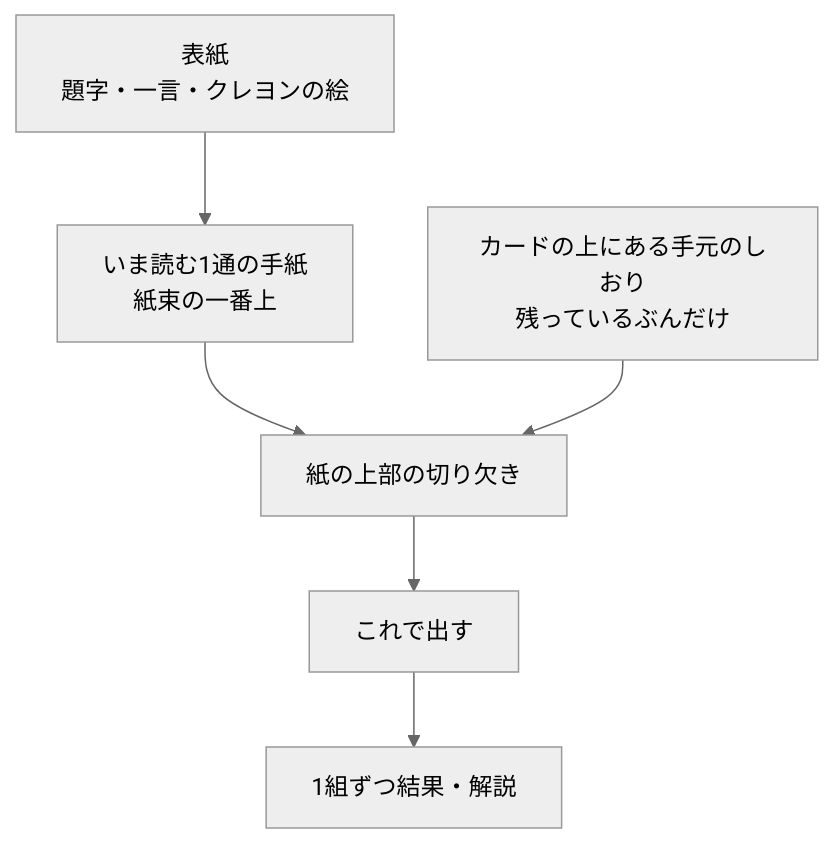
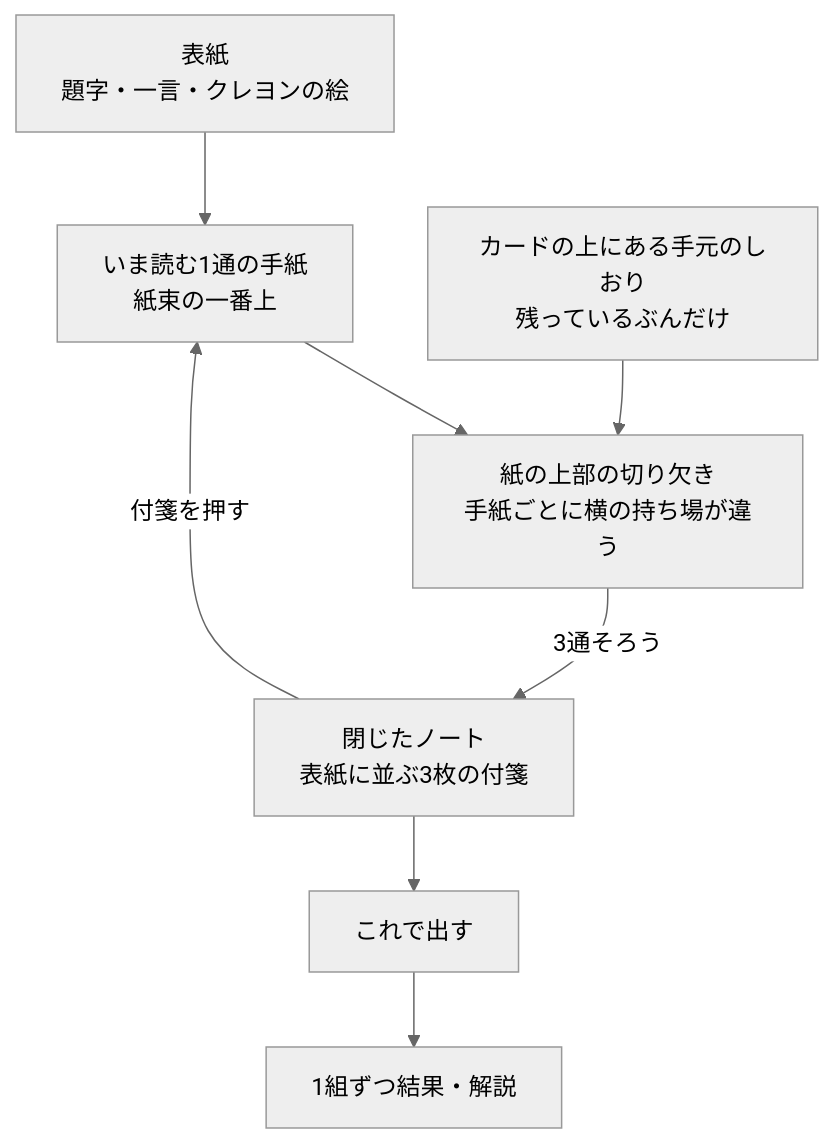
One commit to Digix00/58-Hackathon-202609 changed the diagram in docs/requirements/screens/quiz.md. Above: the diagram before and after it, drawn with Mermaid (neutral theme). The commit also changed other lines of this file and 5 other files, not shown here.

````diff
--- a/docs/requirements/screens/quiz.md
+++ b/docs/requirements/screens/quiz.md
@@ -13,14 +13,17 @@
 ```mermaid
 flowchart TB
   Cover["表紙<br/>題字・一言・クレヨンの絵"]
   Letter["いま読む1通の手紙<br/>紙束の一番上"]
-  Slot["紙の上部の切り欠き"]
+  Slot["紙の上部の切り欠き<br/>手紙ごとに横の持ち場が違う"]
   Tray["カードの上にある手元のしおり<br/>残っているぶんだけ"]
+  Closed["閉じたノート<br/>表紙に並ぶ3枚の付箋"]
   Send["これで出す"]
   Result["1組ずつ結果・解説"]
 
   Cover --> Letter
   Letter --> Slot
   Tray --> Slot
-  Slot --> Send --> Result
+  Slot -- 3通そろう --> Closed
+  Closed -- 付箋を押す --> Letter
+  Closed --> Send --> Result
 ```
````
